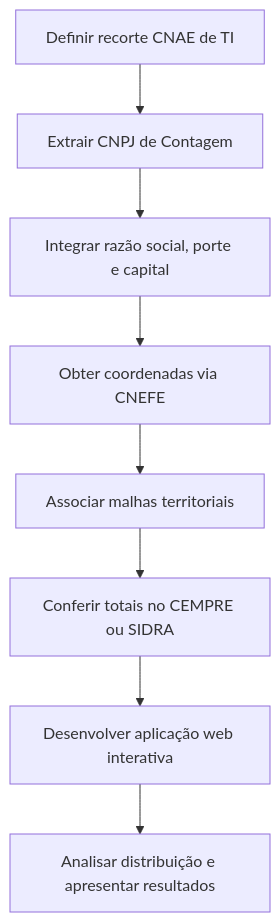
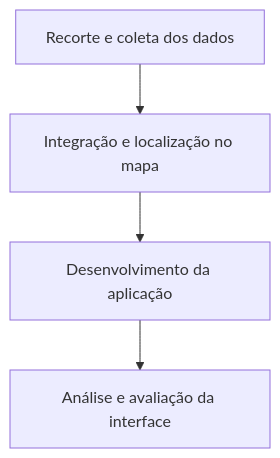
Before and after one commit to MatheusCanuto07/tcc: the diagram in trabalho_final.md, drawn with Mermaid. The commit also changed other lines of this file, not shown here.

````diff
--- a/trabalho_final.md
+++ b/trabalho_final.md
@@ -137,10 +206,6 @@
 ```mermaid
 flowchart TD
-    A[Definir recorte CNAE de TI] --> B[Extrair CNPJ de Contagem]
-    B --> C[Integrar razão social, porte e capital]
-    C --> D[Obter coordenadas via CNEFE]
-    D --> E[Associar malhas territoriais]
-    E --> F[Conferir totais no CEMPRE ou SIDRA]
-    F --> G[Desenvolver aplicação web interativa]
-    G --> H[Analisar distribuição e apresentar resultados]
+    A[Recorte e coleta dos dados] --> B[Integração e localização no mapa]
+    B --> C[Desenvolvimento da aplicação]
+    C --> D[Análise e avaliação da interface]
 ```
````
